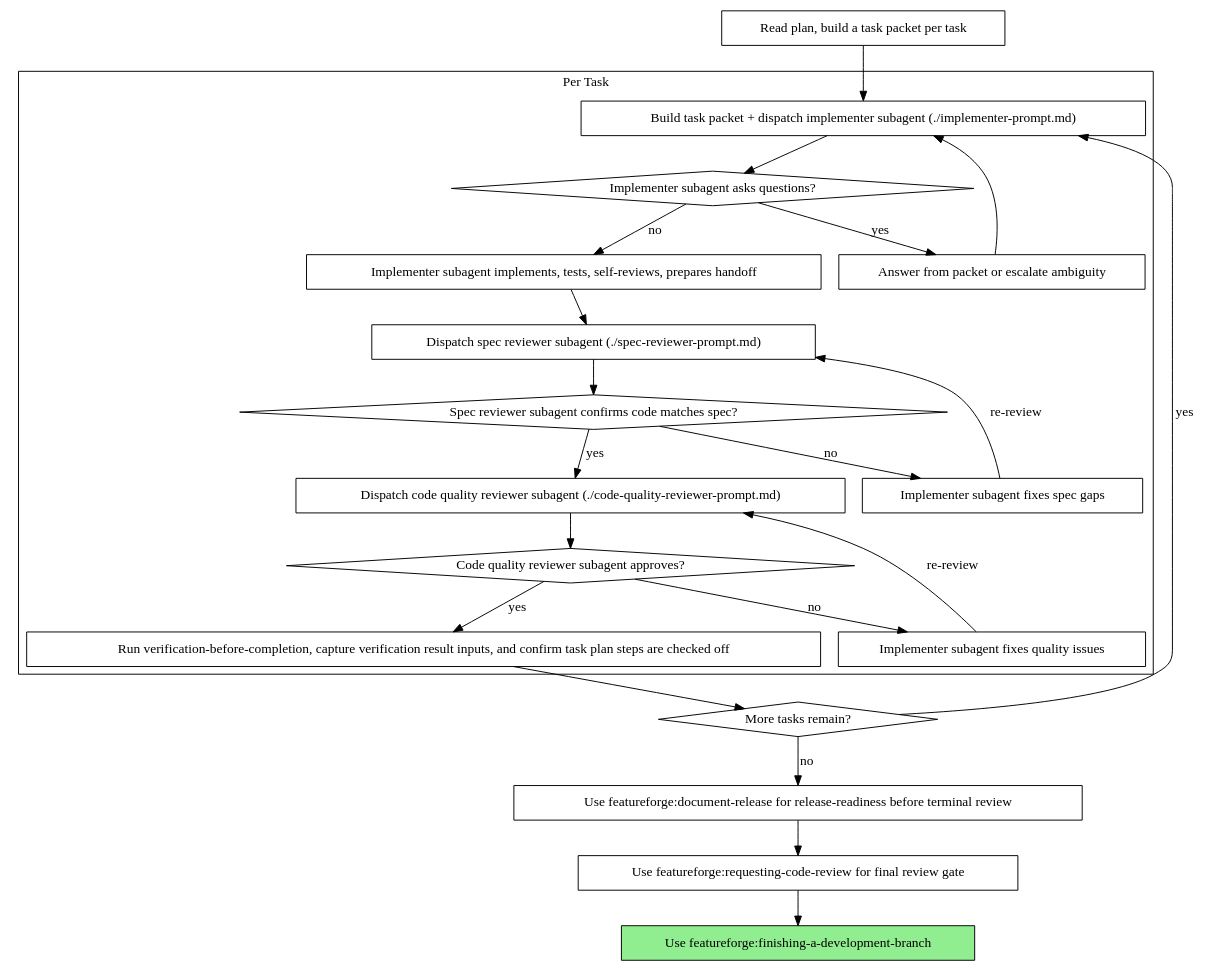
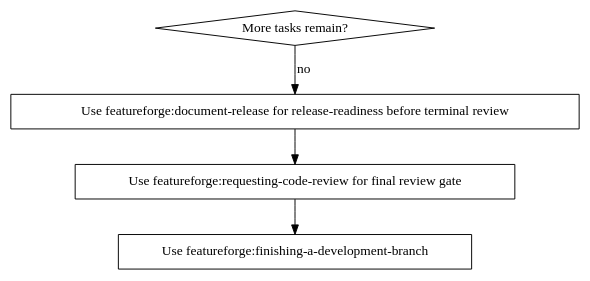
The second of 2 diagrams in skills/subagent-driven-development/SKILL.md (dmulcahey/featureforge), drawn with Graphviz before and after one commit. The commit also changed other lines of this file and 239 other files, not shown here.

````diff
--- a/skills/subagent-driven-development/SKILL.md
+++ b/skills/subagent-driven-development/SKILL.md
@@ -144,46 +133,12 @@
 ```dot
 digraph process {
-    rankdir=TB;
-
-    subgraph cluster_per_task {
-        label="Per Task";
-        "Build task packet + dispatch implementer subagent (./implementer-prompt.md)" [shape=box];
-        "Implementer subagent asks questions?" [shape=diamond];
-        "Answer from packet or escalate ambiguity" [shape=box];
-        "Implementer subagent implements, tests, self-reviews, prepares handoff" [shape=box];
-        "Dispatch spec reviewer subagent (./spec-reviewer-prompt.md)" [shape=box];
-        "Spec reviewer subagent confirms code matches spec?" [shape=diamond];
-        "Implementer subagent fixes spec gaps" [shape=box];
-        "Dispatch code quality reviewer subagent (./code-quality-reviewer-prompt.md)" [shape=box];
-        "Code quality reviewer subagent approves?" [shape=diamond];
-        "Implementer subagent fixes quality issues" [shape=box];
-        "Run verification-before-completion, capture verification result inputs, and confirm task plan steps are checked off" [shape=box];
-    }
-
-    "Read plan, build a task packet per task" [shape=box];
     "More tasks remain?" [shape=diamond];
     "Use featureforge:document-release for release-readiness before terminal review" [shape=box];
     "Use featureforge:requesting-code-review for final review gate" [shape=box];
-    "Use featureforge:finishing-a-development-branch" [shape=box style=filled fillcolor=lightgreen];
+    "Use featureforge:finishing-a-development-branch" [shape=box];
 
-    "Read plan, build a task packet per task" -> "Build task packet + dispatch implementer subagent (./implementer-prompt.md)";
-    "Build task packet + dispatch implementer subagent (./implementer-prompt.md)" -> "Implementer subagent asks questions?";
-    "Implementer subagent asks questions?" -> "Answer from packet or escalate ambiguity" [label="yes"];
-    "Answer from packet or escalate ambiguity" -> "Build task packet + dispatch implementer subagent (./implementer-prompt.md)";
-    "Implementer subagent asks questions?" -> "Implementer subagent implements, tests, self-reviews, prepares handoff" [label="no"];
-    "Implementer subagent implements, tests, self-reviews, prepares handoff" -> "Dispatch spec reviewer subagent (./spec-reviewer-prompt.md)";
-    "Dispatch spec reviewer subagent (./spec-reviewer-prompt.md)" -> "Spec reviewer subagent confirms code matches spec?";
-    "Spec reviewer subagent confirms code matches spec?" -> "Implementer subagent fixes spec gaps" [label="no"];
-    "Implementer subagent fixes spec gaps" -> "Dispatch spec reviewer subagent (./spec-reviewer-prompt.md)" [label="re-review"];
-    "Spec reviewer subagent confirms code matches spec?" -> "Dispatch code quality reviewer subagent (./code-quality-reviewer-prompt.md)" [label="yes"];
-    "Dispatch code quality reviewer subagent (./code-quality-reviewer-prompt.md)" -> "Code quality reviewer subagent approves?";
-    "Code quality reviewer subagent approves?" -> "Implementer subagent fixes quality issues" [label="no"];
-    "Implementer subagent fixes quality issues" -> "Dispatch code quality reviewer subagent (./code-quality-reviewer-prompt.md)" [label="re-review"];
-    "Code quality reviewer subagent approves?" -> "Run verification-before-completion, capture verification result inputs, and confirm task plan steps are checked off" [label="yes"];
-    "Run verification-before-completion, capture verification result inputs, and confirm task plan steps are checked off" -> "More tasks remain?";
-    "More tasks remain?" -> "Build task packet + dispatch implementer subagent (./implementer-prompt.md)" [label="yes"];
     "More tasks remain?" -> "Use featureforge:document-release for release-readiness before terminal review" [label="no"];
     "Use featureforge:document-release for release-readiness before terminal review" -> "Use featureforge:requesting-code-review for final review gate";
     "Use featureforge:requesting-code-review for final review gate" -> "Use featureforge:finishing-a-development-branch";
 }
 ```
````
